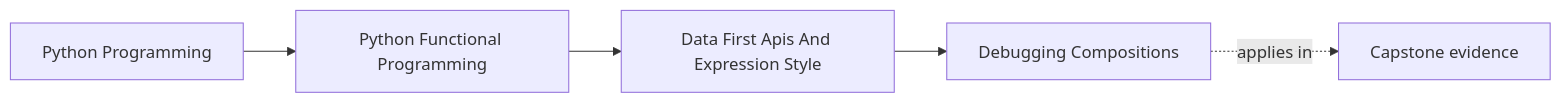
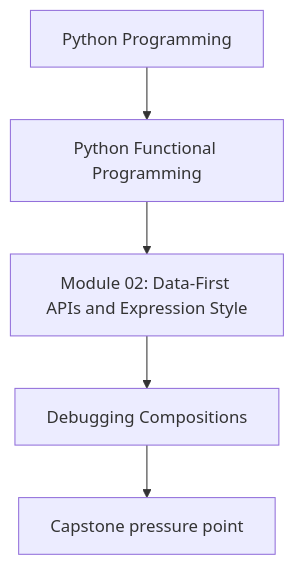
One commit to bijux/bijux-masterclass changed the first of 2 diagrams in programs/python-programming/python-functional-programming/course-book/module-02-data-first-apis-and-expression-style/debugging-compositions.md. Above: the diagram before and after it, drawn with Mermaid. The commit also changed other lines of this file and 118 other files, not shown here.

Commit message:
docs(python-functional-programming): align concept page diagrams

````diff
--- a/programs/python-programming/python-functional-programming/course-book/module-02-data-first-apis-and-expression-style/debugging-compositions.md
+++ b/programs/python-programming/python-functional-programming/course-book/module-02-data-first-apis-and-expression-style/debugging-compositions.md
@@ -7,11 +7,7 @@
 ```mermaid
-graph LR
-  family["Python Programming"]
-  program["Python Functional Programming"]
-  section["Data First Apis And Expression Style"]
-  page["Debugging Compositions"]
-  capstone["Capstone evidence"]
-
-  family --> program --> section --> page
-  page -.applies in.-> capstone
+flowchart TD
+  family["Python Programming"] --> program["Python Functional Programming"]
+  program --> module["Module 02: Data-First APIs and Expression Style"]
+  module --> concept["Debugging Compositions"]
+  concept --> capstone["Capstone pressure point"]
 ```
````
